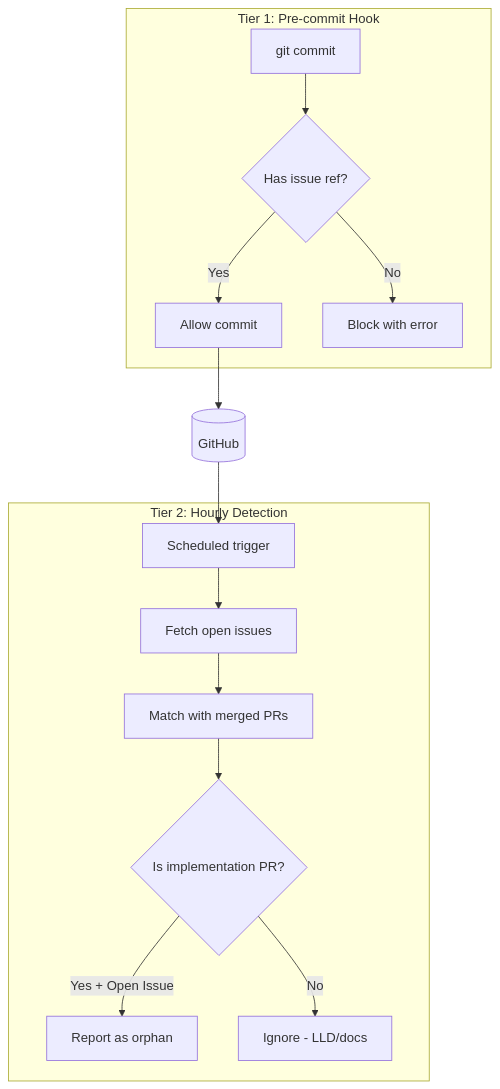
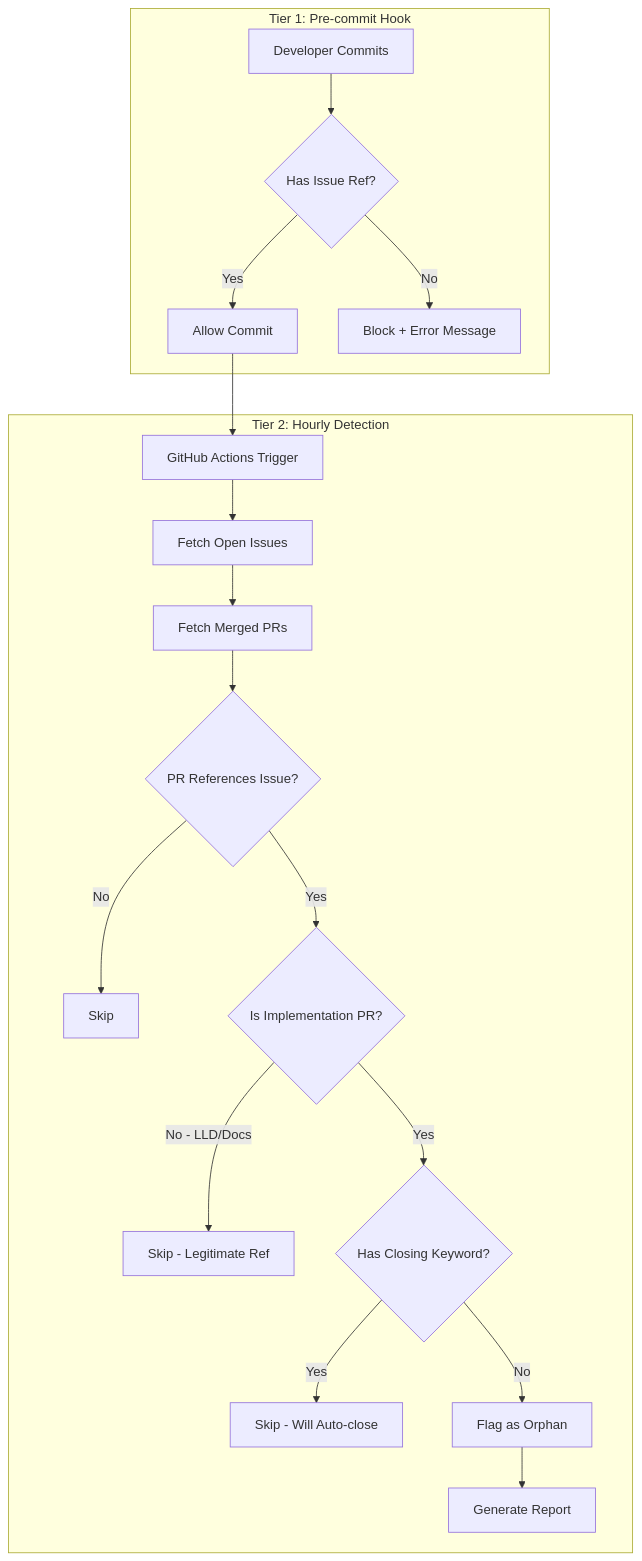
Before and after one commit to martymcenroe/AssemblyZero: the diagram in docs/lineage/active/247-lld/002-draft.md, drawn with Mermaid. The commit also changed other lines of this file and 720 other files, not shown here.

````diff
--- a/docs/lineage/active/247-lld/002-draft.md
+++ b/docs/lineage/active/247-lld/002-draft.md
@@ -256,19 +241,23 @@
 ```mermaid
 flowchart TB
     subgraph Tier1["Tier 1: Pre-commit Hook"]
-        C[git commit] --> V{Has issue ref?}
-        V -->|Yes| A[Allow commit]
-        V -->|No| B[Block with error]
+        A[Developer Commits] --> B{Has Issue Ref?}
+        B -->|Yes| C[Allow Commit]
+        B -->|No| D[Block + Error Message]
     end
-
+    
     subgraph Tier2["Tier 2: Hourly Detection"]
-        S[Scheduled trigger] --> F[Fetch open issues]
-        F --> M[Match with merged PRs]
-        M --> H{Is implementation PR?}
-        H -->|Yes + Open Issue| O[Report as orphan]
-        H -->|No| I[Ignore - LLD/docs]
+        E[GitHub Actions Trigger] --> F[Fetch Open Issues]
+        F --> G[Fetch Merged PRs]
+        G --> H{PR References Issue?}
+        H -->|No| I[Skip]
+        H -->|Yes| J{Is Implementation PR?}
+        J -->|No - LLD/Docs| K[Skip - Legitimate Ref]
+        J -->|Yes| L{Has Closing Keyword?}
+        L -->|Yes| M[Skip - Will Auto-close]
+        L -->|No| N[Flag as Orphan]
+        N --> O[Generate Report]
     end
-
-    A --> GH[(GitHub)]
-    GH --> S
+    
+    C --> E
 ```
````
